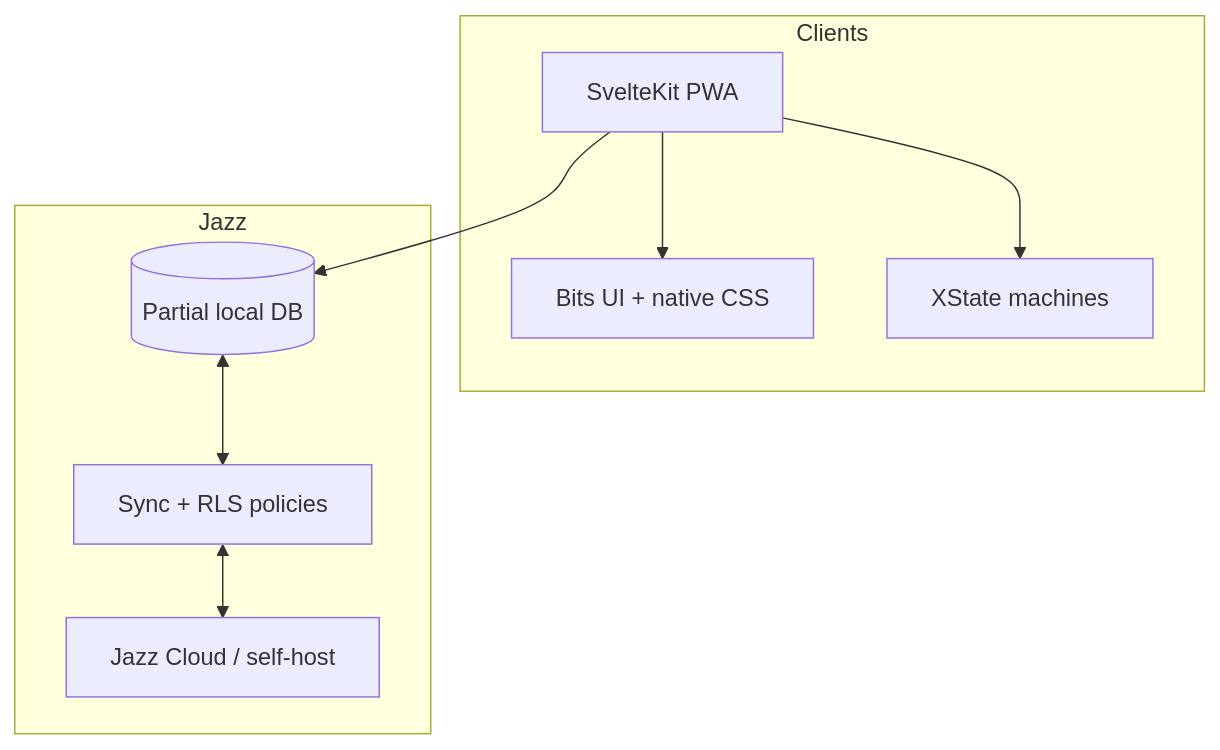
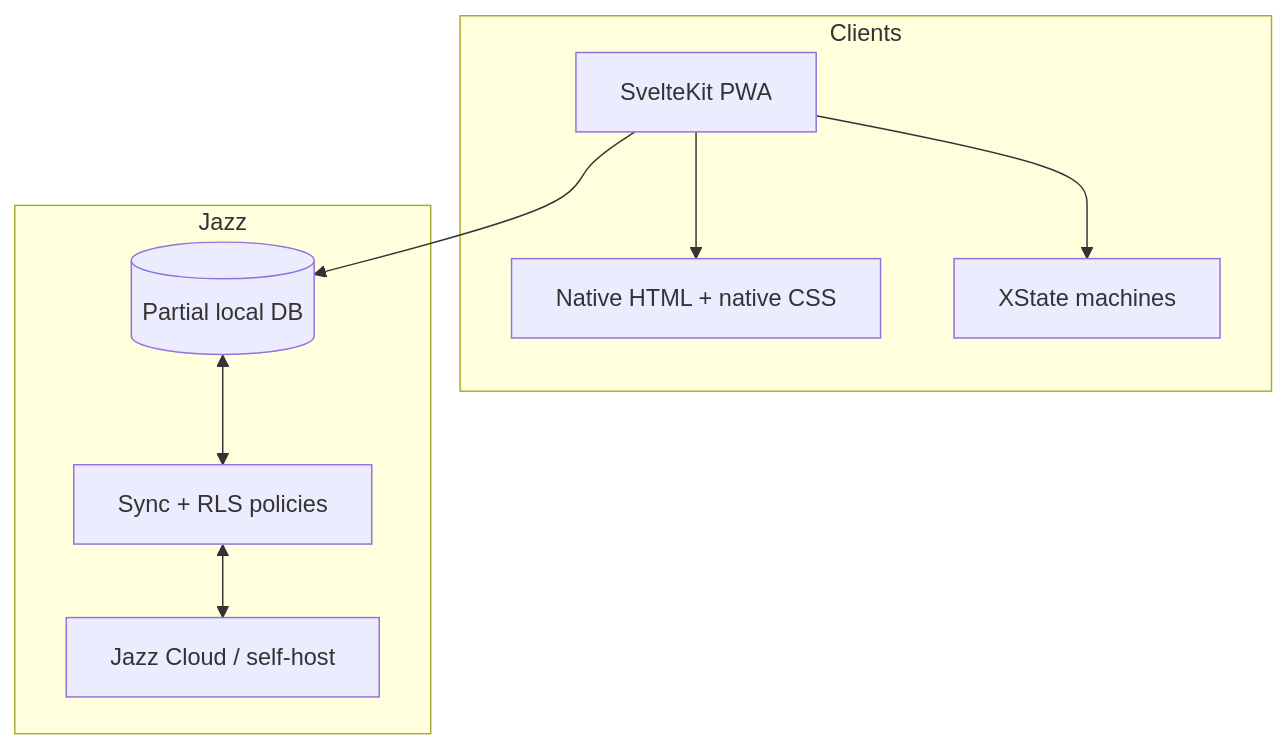
The diagram in finance_jazz_svelte_1ec5536a.plan.md (delightful-labs/delightful-finances), drawn with Mermaid before and after one commit. The commit also changed other lines of this file and 105 other files, not shown here.

````diff
--- a/finance_jazz_svelte_1ec5536a.plan.md
+++ b/finance_jazz_svelte_1ec5536a.plan.md
@@ -116,18 +116,18 @@
 ```mermaid
 flowchart TB
   subgraph clients [Clients]
     PWA[SvelteKit PWA]
-    Bits[Bits UI + native CSS]
+    UI[Native HTML + native CSS]
     XState[XState machines]
   end
   subgraph jazz [Jazz]
     Local[(Partial local DB)]
     Sync[Sync + RLS policies]
     Cloud[Jazz Cloud / self-host]
   end
-  PWA --> Bits
+  PWA --> UI
   PWA --> XState
   PWA --> Local
   Local <--> Sync
   Sync <--> Cloud
 ```
````
